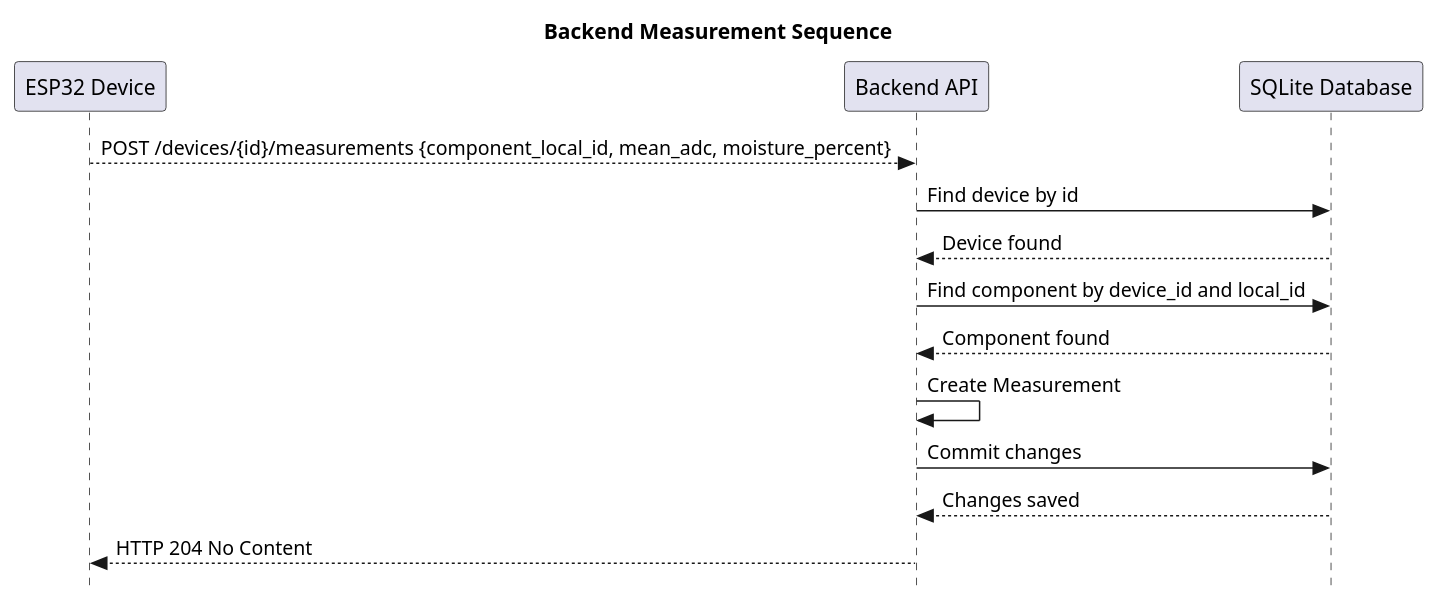
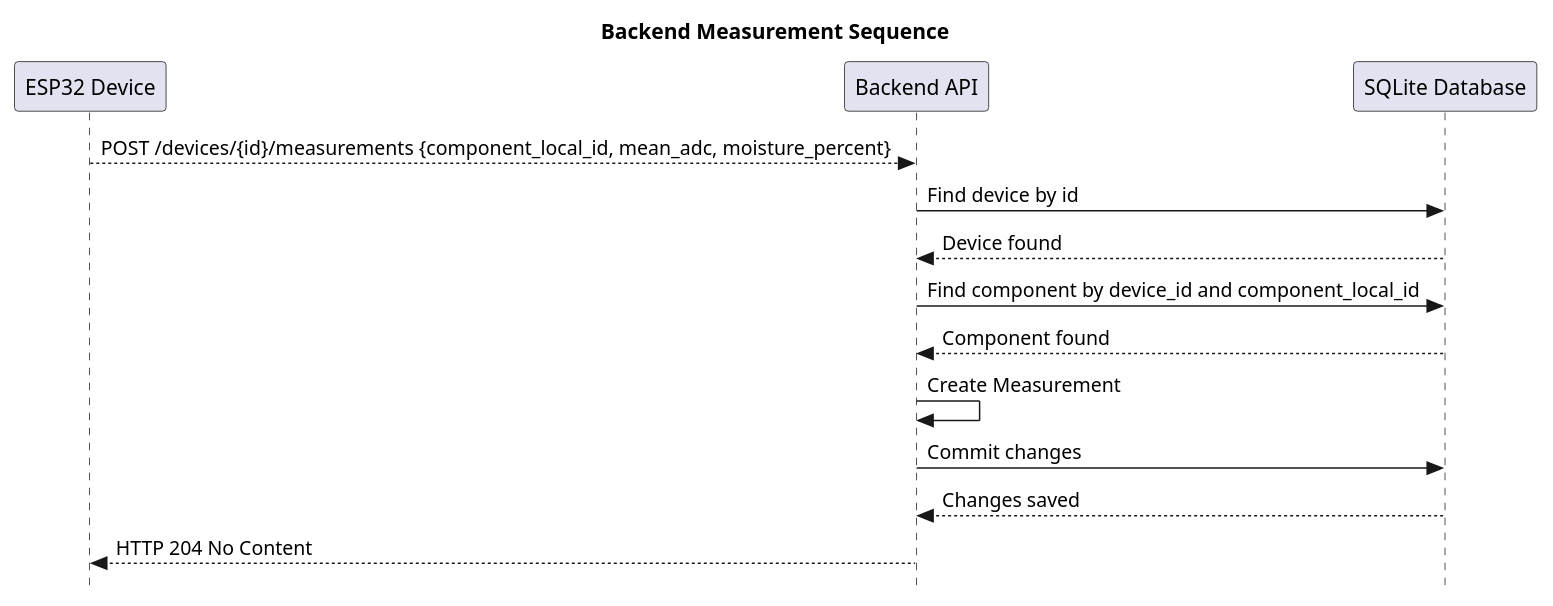
One commit to bobskefeurat/iot-device-platform changed the diagram in development_documents/diagrams/backend/backend_measurement_sequence.puml. Above: the diagram before and after it, drawn with PlantUML. The commit also changed 2 other files, not shown here.

Commit message:
docs: update integration diagrams for ESP32 runtime and measurements

```diff
--- a/development_documents/diagrams/backend/backend_measurement_sequence.puml
+++ b/development_documents/diagrams/backend/backend_measurement_sequence.puml
@@ -1,24 +1,24 @@
 @startuml backend_measurement_sequence
 skinparam style strictuml
 title "Backend Measurement Sequence"
 
 participant "ESP32 Device" as esp32
 participant "Backend API" as backend
 participant "SQLite Database" as db
 
 esp32 --> backend : POST /devices/{id}/measurements {component_local_id, mean_adc, moisture_percent}
 
 backend -> db : Find device by id
 db --> backend : Device found
 
-backend -> db : Find component by device_id and local_id
+backend -> db : Find component by device_id and component_local_id
 db --> backend : Component found
 
 backend -> backend : Create Measurement
 backend -> db : Commit changes
 db --> backend : Changes saved
 
 backend --> esp32 : HTTP 204 No Content
 
 
 @enduml
```
